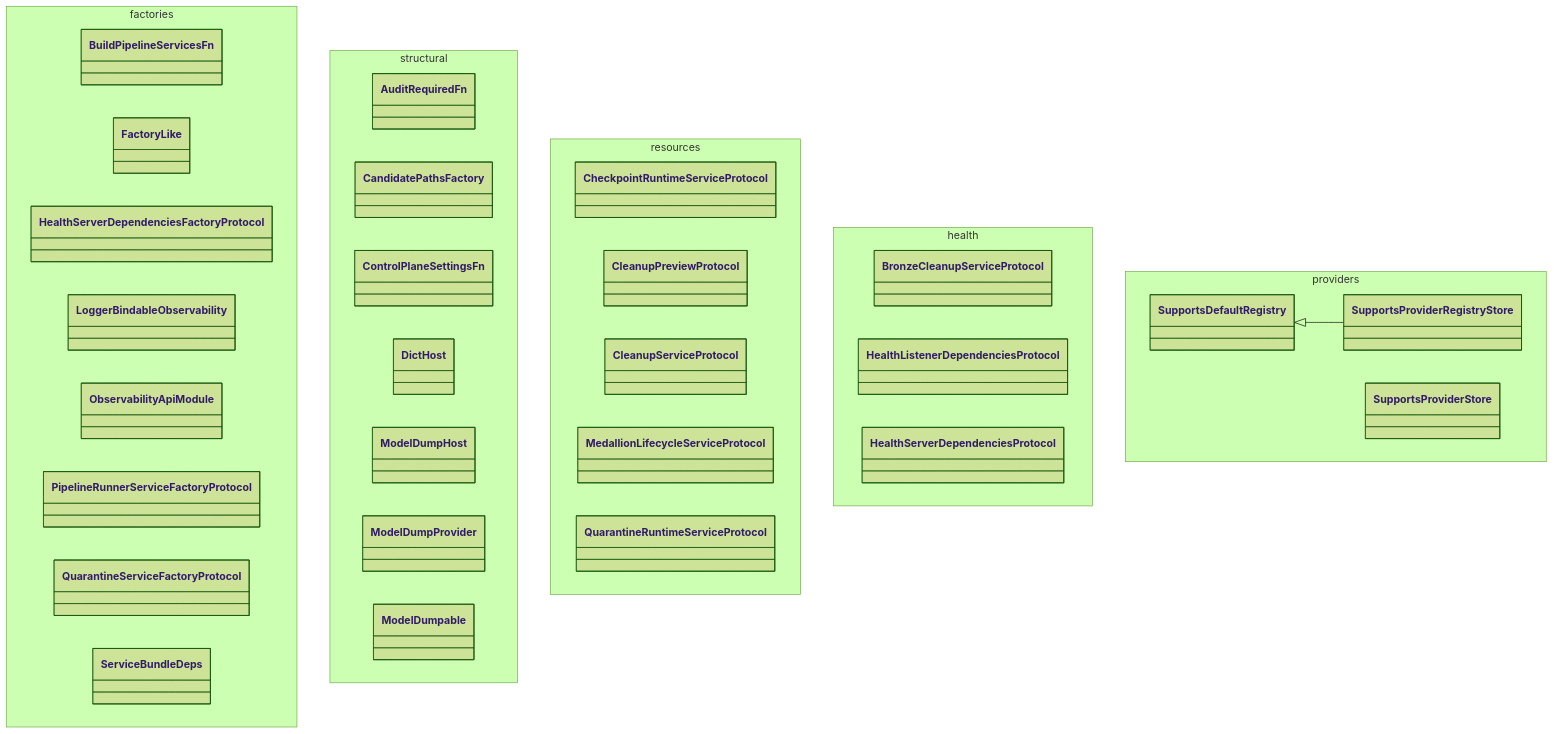
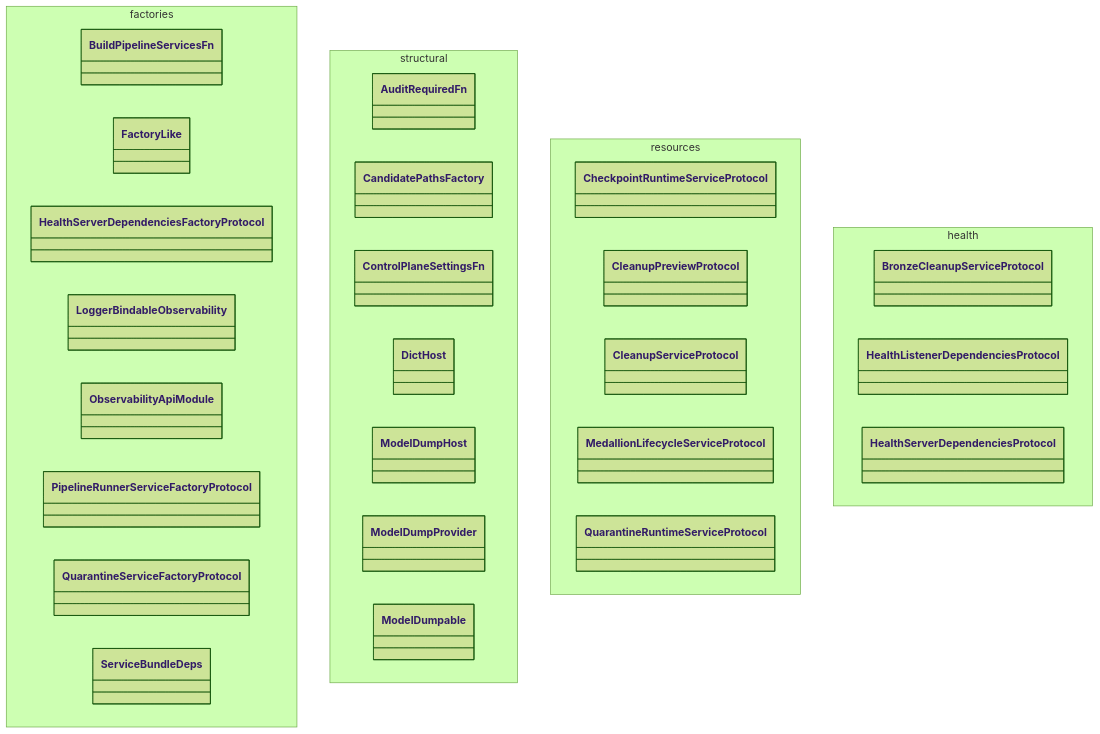
The diagram in docs/02-architecture/diagrams/class-diagrams/90-pkg-composition-contracts.mmd (SatoryKono/BioactivityDataAcquisition), drawn with Mermaid (forest theme) before and after one commit. The commit also changed 38 other files, not shown here.

```diff
--- a/docs/02-architecture/diagrams/class-diagrams/90-pkg-composition-contracts.mmd
+++ b/docs/02-architecture/diagrams/class-diagrams/90-pkg-composition-contracts.mmd
@@ -1,53 +1,45 @@
 %% Title: Package Family: composition/contracts
-%% Covers: AST-derived supplemental package-family inventory for src/bioetl/composition/contracts; modules: factories, structural, resources, health, providers.
+%% Covers: AST-derived supplemental package-family inventory for src/bioetl/composition/contracts; modules: factories, structural, resources, health.
 %% Components: top-level classes grouped by source module.
 %% @version 1.0.0
 %% @type    classDiagram
 %% @date    2026-09-25
 %% @level   Package Family / Inventory Slice
-%% @nodes   26
+%% @nodes   23
 %% @reference Generated supplemental package-family diagram. Curated class-summary remains narrative-only.
 classDiagram
 
     namespace factories {
         class BuildPipelineServicesFn
         class FactoryLike
         class HealthServerDependenciesFactoryProtocol
         class LoggerBindableObservability
         class ObservabilityApiModule
         class PipelineRunnerServiceFactoryProtocol
         class QuarantineServiceFactoryProtocol
         class ServiceBundleDeps
     }
 
     namespace structural {
         class AuditRequiredFn
         class CandidatePathsFactory
         class ControlPlaneSettingsFn
         class DictHost
         class ModelDumpHost
         class ModelDumpProvider
         class ModelDumpable
     }
 
     namespace resources {
         class CheckpointRuntimeServiceProtocol
         class CleanupPreviewProtocol
         class CleanupServiceProtocol
         class MedallionLifecycleServiceProtocol
         class QuarantineRuntimeServiceProtocol
     }
 
     namespace health {
         class BronzeCleanupServiceProtocol
         class HealthListenerDependenciesProtocol
         class HealthServerDependenciesProtocol
     }
-
-    namespace providers {
-        class SupportsDefaultRegistry
-        class SupportsProviderRegistryStore
-        class SupportsProviderStore
-    }
-
-    SupportsDefaultRegistry <|-- SupportsProviderRegistryStore
```
